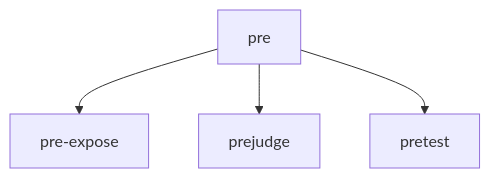
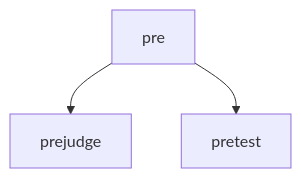
Diagram 31 of 45 in prefixes_suffixes.md (pleabargain/EnglishHelpsYourCareer), drawn with Mermaid before and after one commit. The commit also changed other lines of this file, not shown here.

Commit message:
fixing mermaid

````diff
--- a/prefixes_suffixes.md
+++ b/prefixes_suffixes.md
@@ -390,4 +357,6 @@
 ```mermaid
 graph TD;
-pre-->pre-expose;pre--> prejudge;pre--> pretest
+
+pre--> prejudge;
+pre--> pretest
 ```
````
